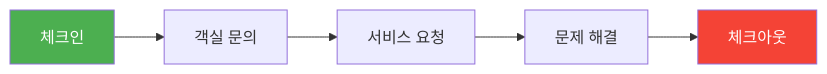
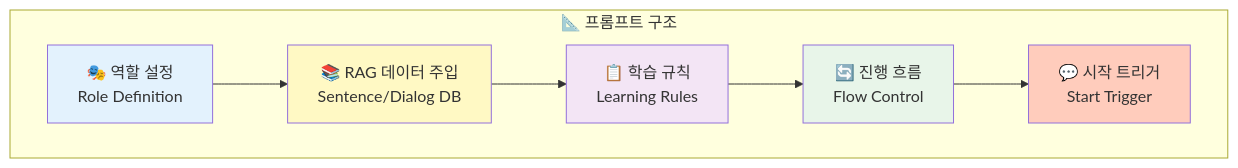
One commit to Collegenie-X/AI-English changed the fourth of 6 diagrams in 영어_일상_회화/화상-영어-전체-구성도.md. Above: the diagram before and after it, drawn with Mermaid. The commit also changed other lines of this file and 43 other files, not shown here.

````diff
--- a/영어_일상_회화/화상-영어-전체-구성도.md
+++ b/영어_일상_회화/화상-영어-전체-구성도.md
@@ -139,10 +212,18 @@
 ```mermaid
-flowchart LR
-    A[체크인] --> B[객실 문의]
-    B --> C[서비스 요청]
-    C --> D[문제 해결]
-    D --> E[체크아웃]
+flowchart TB
+    subgraph STRUCTURE["📐 프롬프트 구조"]
+        A["🎭 역할 설정<br/>Role Definition"]
+        B["📚 RAG 데이터 주입<br/>Sentence/Dialog DB"]
+        C["📋 학습 규칙<br/>Learning Rules"]
+        D["🔄 진행 흐름<br/>Flow Control"]
+        E["💬 시작 트리거<br/>Start Trigger"]
+    end
     
-    style A fill:#4CAF50,color:#fff
-    style E fill:#F44336,color:#fff
+    A --> B --> C --> D --> E
+    
+    style A fill:#e3f2fd
+    style B fill:#fff9c4
+    style C fill:#f3e5f5
+    style D fill:#e8f5e9
+    style E fill:#ffccbc
 ```
````
